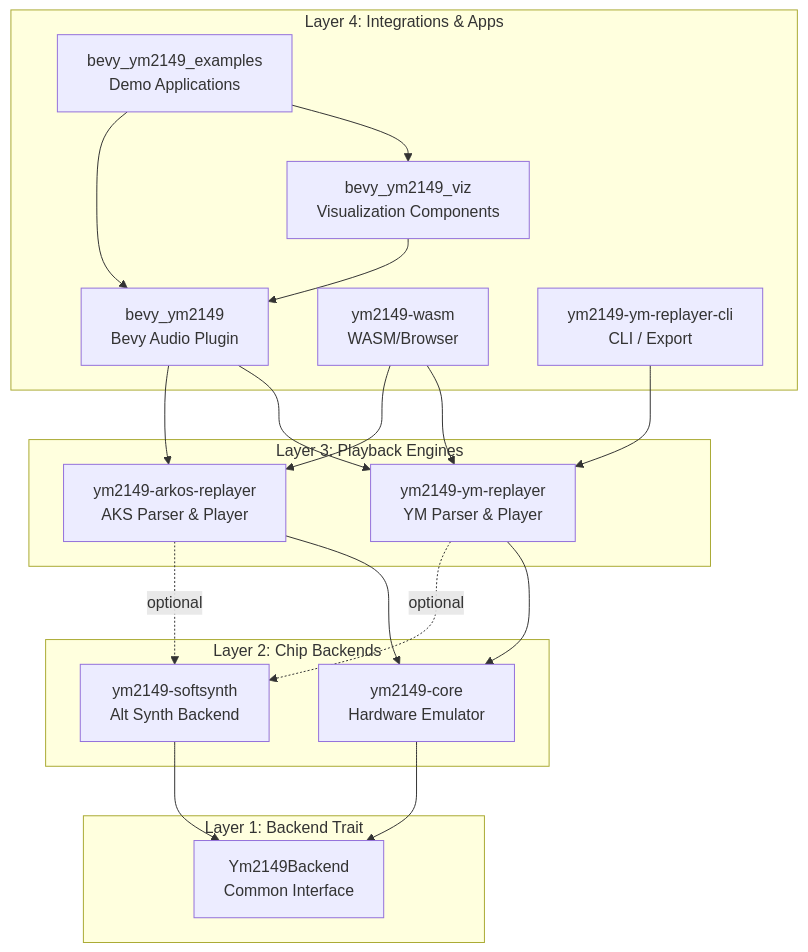
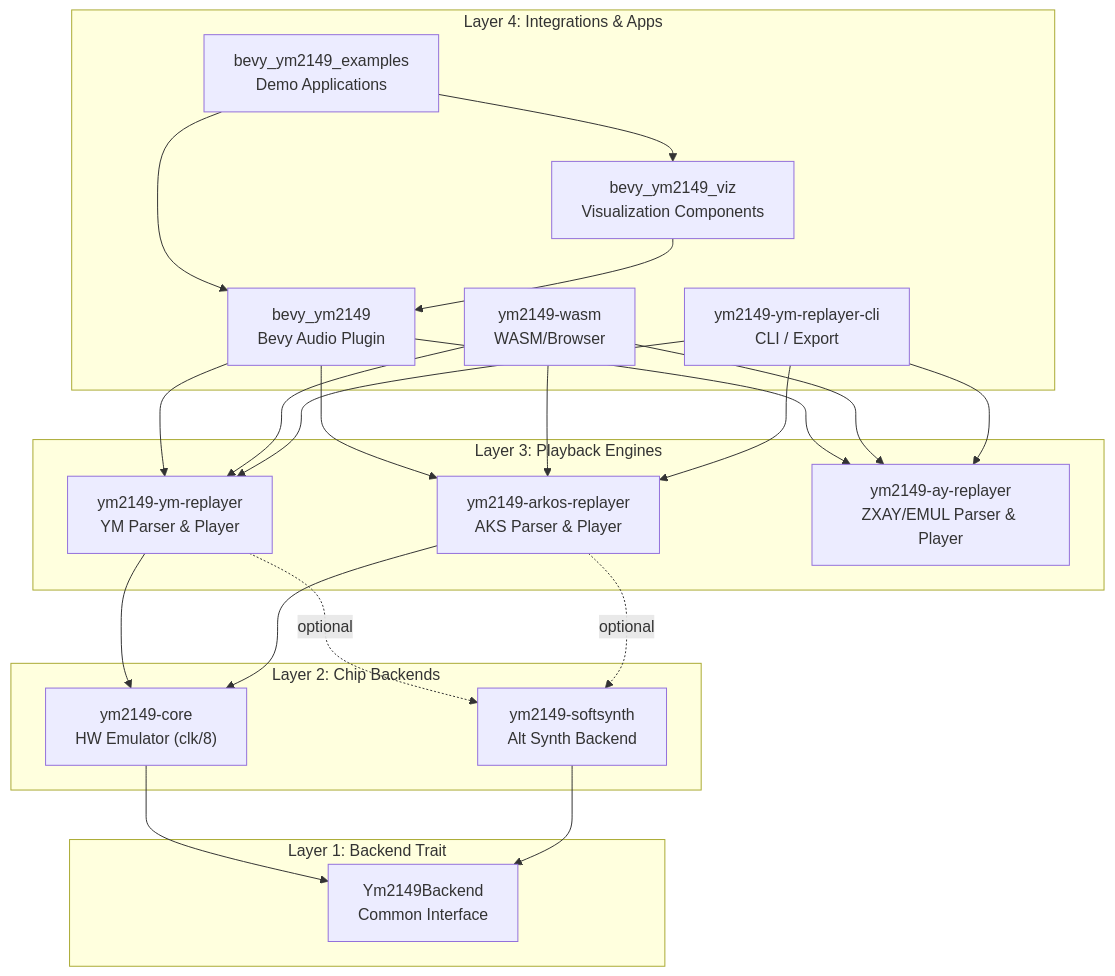
One commit to slippyex/ym2149-rs changed the first of 5 diagrams in ARCHITECTURE.md. Above: the diagram before and after it, drawn with Mermaid. The commit also changed other lines of this file and 39 other files, not shown here.

Commit message:
YM2149 backend chip replacement and AY (with Z80 emul) replayer implementation - additional cleanups and refinements

````diff
--- a/ARCHITECTURE.md
+++ b/ARCHITECTURE.md
@@ -11,39 +11,44 @@
 ```mermaid
 graph TB
     subgraph "Layer 4: Integrations & Apps"
         BEVY_EX["bevy_ym2149_examples<br/>Demo Applications"]
         BEVY_VIZ["bevy_ym2149_viz<br/>Visualization Components"]
         BEVY["bevy_ym2149<br/>Bevy Audio Plugin"]
         WASM["ym2149-wasm<br/>WASM/Browser"]
         CLI["ym2149-ym-replayer-cli<br/>CLI / Export"]
     end
 
     subgraph "Layer 3: Playback Engines"
         REPLAYER["ym2149-ym-replayer<br/>YM Parser & Player"]
         ARKOS["ym2149-arkos-replayer<br/>AKS Parser & Player"]
+        AY["ym2149-ay-replayer<br/>ZXAY/EMUL Parser & Player"]
     end
 
     subgraph "Layer 2: Chip Backends"
-        YM2149["ym2149-core<br/>Hardware Emulator"]
+        YM2149["ym2149-core<br/>HW Emulator (clk/8)"]
         SOFTSYNTH["ym2149-softsynth<br/>Alt Synth Backend"]
     end
 
     subgraph "Layer 1: Backend Trait"
         TRAIT["Ym2149Backend<br/>Common Interface"]
     end
 
     BEVY_EX --> BEVY_VIZ
     BEVY_EX --> BEVY
     BEVY_VIZ --> BEVY
     BEVY --> REPLAYER
     BEVY --> ARKOS
+    BEVY --> AY
     WASM --> REPLAYER
     WASM --> ARKOS
+    WASM --> AY
     CLI --> REPLAYER
+    CLI --> ARKOS
+    CLI --> AY
     REPLAYER --> YM2149
     REPLAYER -.optional.-> SOFTSYNTH
     ARKOS --> YM2149
     ARKOS -.optional.-> SOFTSYNTH
     YM2149 --> TRAIT
     SOFTSYNTH --> TRAIT
 ```
````
